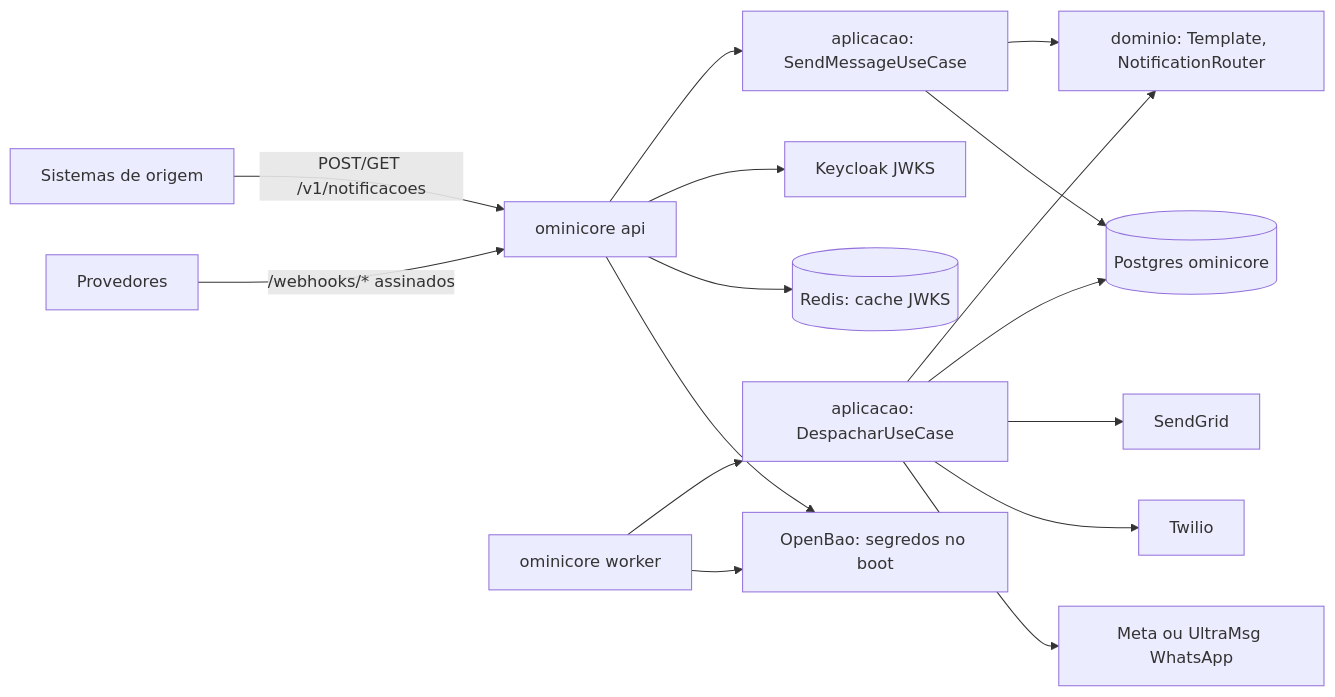
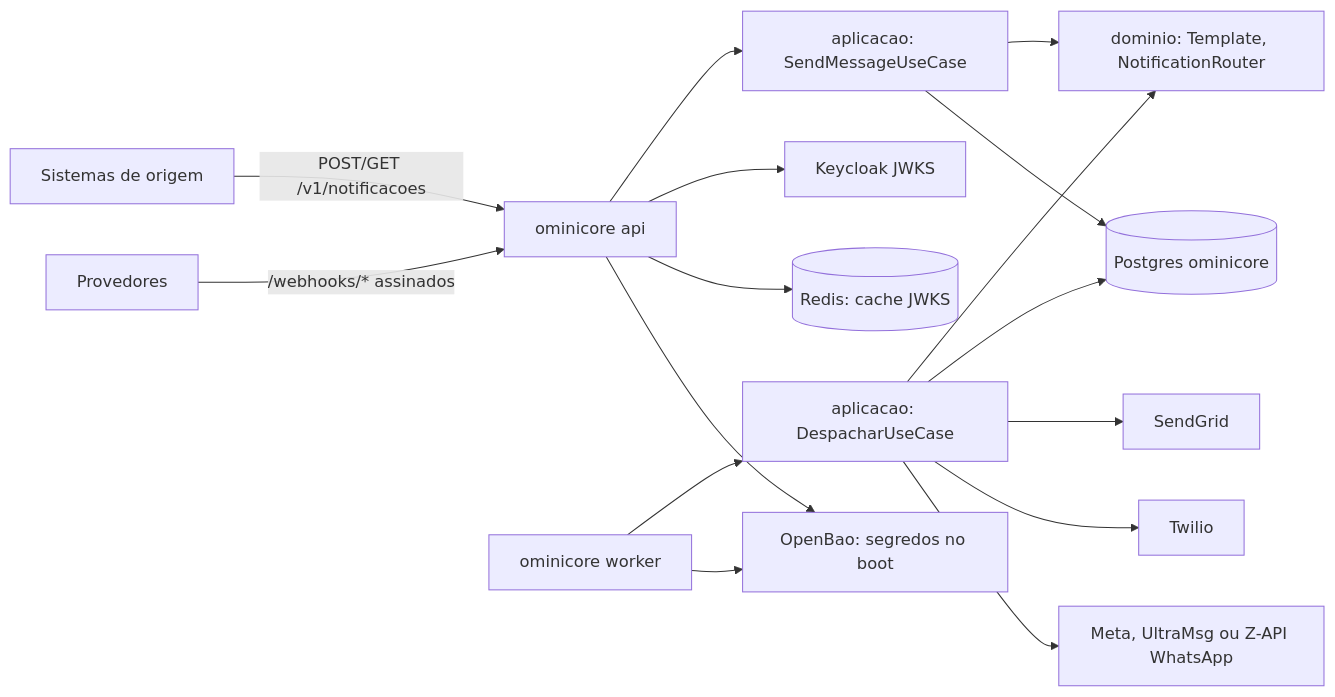
Before and after one commit to mauriciomiwa/ominicore-service: the diagram in DOC/System/mapa/visao-geral.md, drawn with Mermaid. The commit also changed other lines of this file and 34 other files, not shown here.

First line of the commit message:
Fatia 9 (09-whatsapp-zapi): WhatsApp pela Z-API

````diff
--- a/DOC/System/mapa/visao-geral.md
+++ b/DOC/System/mapa/visao-geral.md
@@ -13,16 +13,16 @@
 ```mermaid
 graph LR
   S[Sistemas de origem] -->|POST/GET /v1/notificacoes| API[ominicore api]
   PV[Provedores] -->|/webhooks/* assinados| API
   API --> APP[aplicacao: SendMessageUseCase]
   W[ominicore worker] --> DESP[aplicacao: DespacharUseCase]
   APP --> DOM[dominio: Template, NotificationRouter]
   DESP --> DOM
   APP & DESP --> PG[(Postgres ominicore)]
   DESP --> SG[SendGrid]
   DESP --> TW[Twilio]
-  DESP --> WA[Meta ou UltraMsg WhatsApp]
+  DESP --> WA[Meta, UltraMsg ou Z-API WhatsApp]
   API --> KC[Keycloak JWKS]
   API --> RD[(Redis: cache JWKS)]
   API & W --> BAO[OpenBao: segredos no boot]
 ```
````
